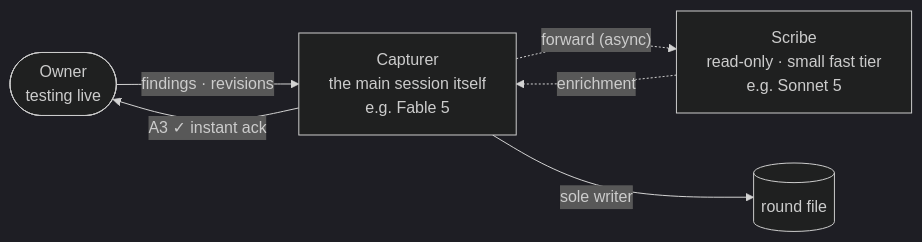
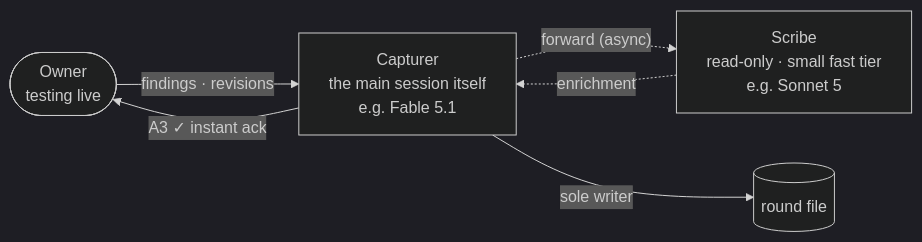
The second of 3 diagrams in README.md (rucister/agent-workflow), drawn with Mermaid (dark theme) before and after one commit. The commit also changed other lines of this file, not shown here.

Commit message:
docs: README model examples follow the profile (Fable 5.1)

````diff
--- a/README.md
+++ b/README.md
@@ -43,8 +43,8 @@
 ```mermaid
 flowchart LR
-    OWNER(["Owner<br/>testing live"]) -- "findings · revisions" --> CAP["Capturer<br/>the main session itself<br/>e.g. Fable 5"]
+    OWNER(["Owner<br/>testing live"]) -- "findings · revisions" --> CAP["Capturer<br/>the main session itself<br/>e.g. Fable 5.1"]
     CAP -- "A3 ✓ instant ack" --> OWNER
     CAP -. "forward (async)" .-> SCRIBE["Scribe<br/>read-only · small fast tier<br/>e.g. Sonnet 5"]
     SCRIBE -. "enrichment" .-> CAP
     CAP -- "sole writer" --> FILE[("round file")]
 ```
````
